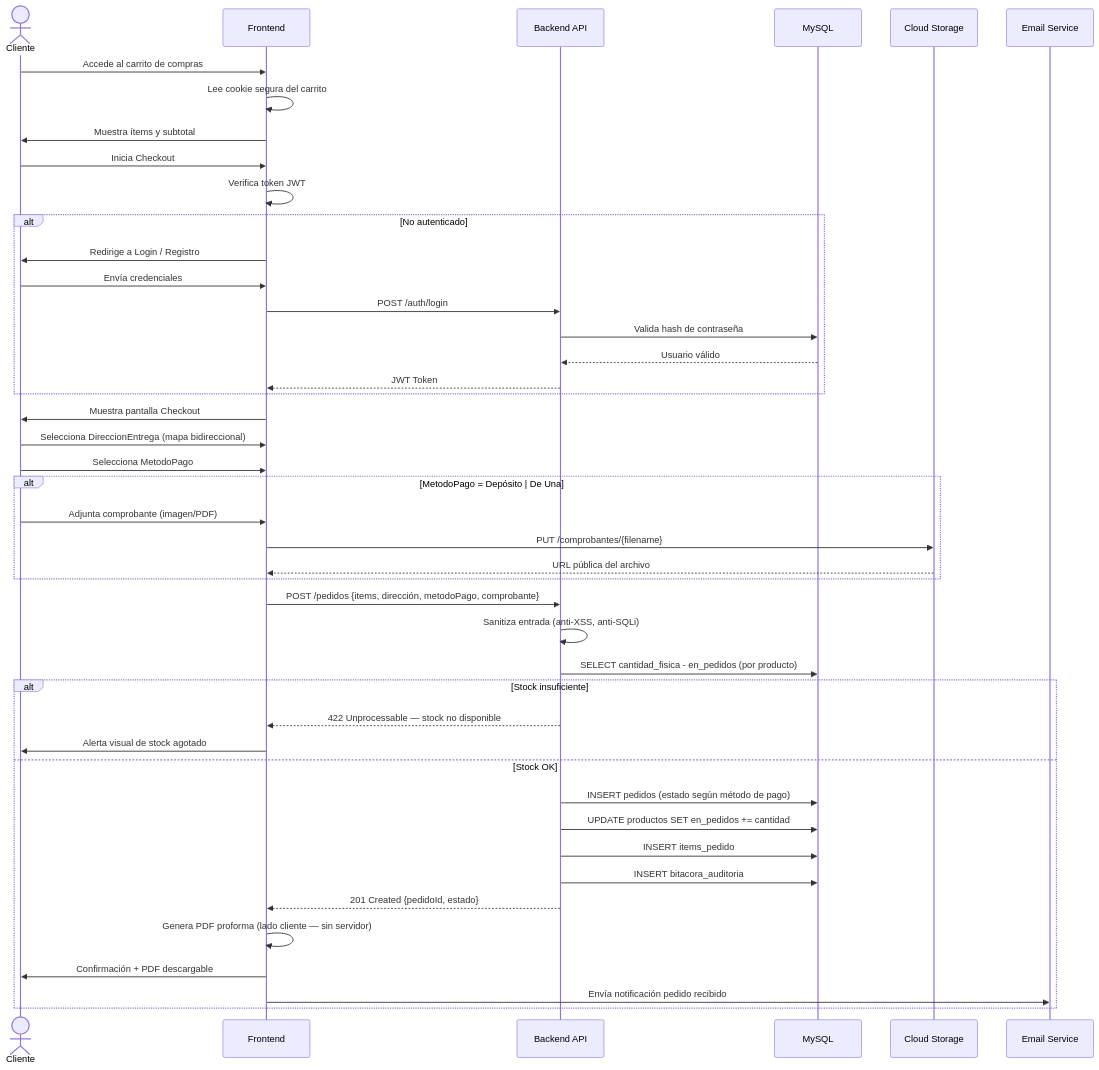
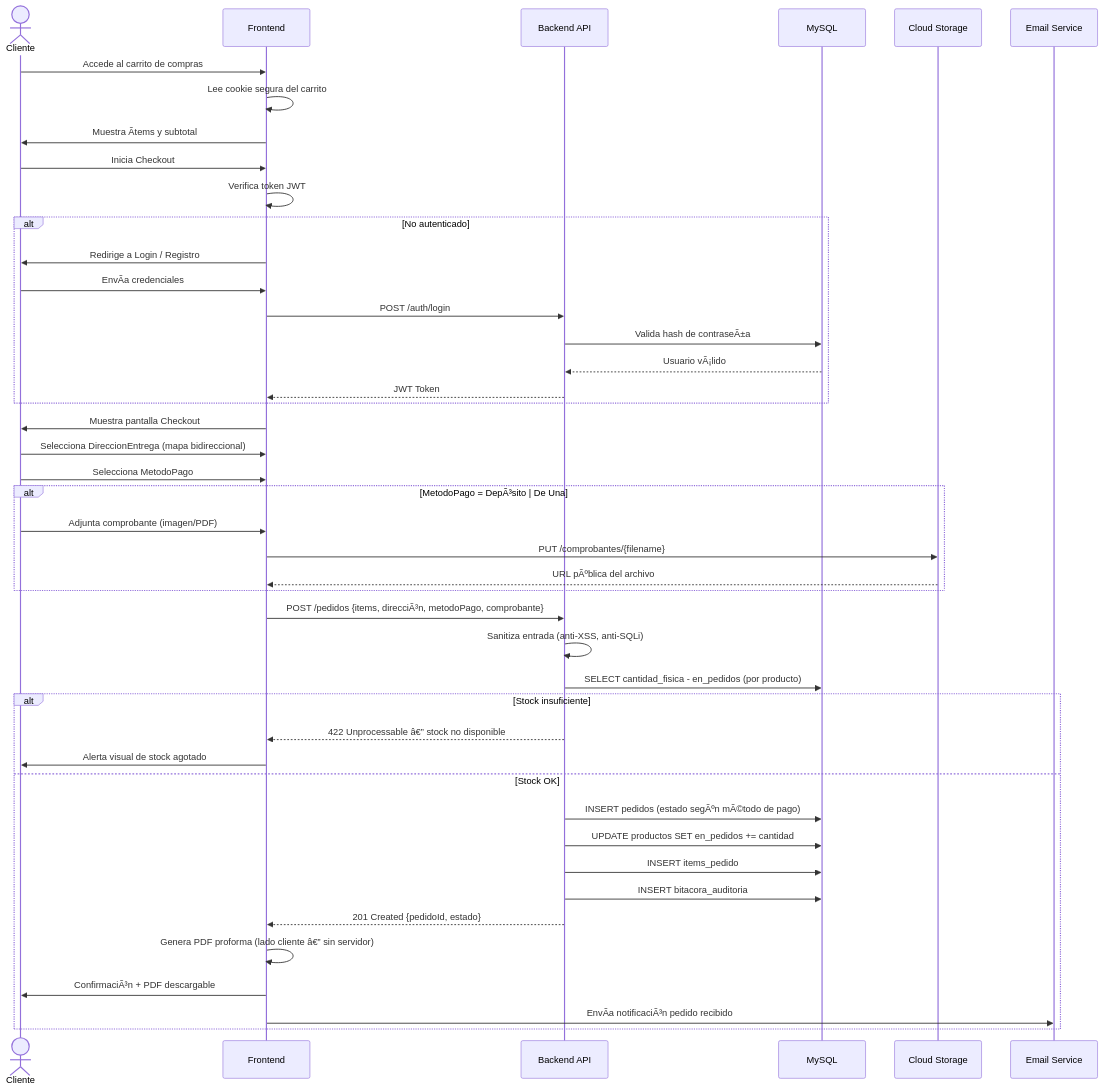
One commit to UNIPI6TO/PI-ECOMMERCE-FRITOLAY changed the third of 23 diagrams in docs/especificacion.md. Above: the diagram before and after it, drawn with Mermaid. The commit also changed other lines of this file, not shown here.

Commit message:
docs: rediseno DFD GCP a arquitectura bajo costo - Cloud Run URL, GitHub Actions, Gmail SMTP, sin LB ni Cloud Armor

````diff
--- a/docs/especificacion.md
+++ b/docs/especificacion.md
@@ -902,52 +902,52 @@
 ```mermaid
 sequenceDiagram
     actor Cliente
     participant FE as Frontend
     participant API as Backend API
     participant DB as MySQL
     participant GCS as Cloud Storage
     participant Email as Email Service
 
     Cliente->>FE: Accede al carrito de compras
     FE->>FE: Lee cookie segura del carrito
-    FE->>Cliente: Muestra ítems y subtotal
+    FE->>Cliente: Muestra Ã­tems y subtotal
 
     Cliente->>FE: Inicia Checkout
     FE->>FE: Verifica token JWT
     alt No autenticado
         FE->>Cliente: Redirige a Login / Registro
-        Cliente->>FE: Envía credenciales
+        Cliente->>FE: EnvÃ­a credenciales
         FE->>API: POST /auth/login
-        API->>DB: Valida hash de contraseña
-        DB-->>API: Usuario válido
+        API->>DB: Valida hash de contraseÃ±a
+        DB-->>API: Usuario vÃ¡lido
         API-->>FE: JWT Token
     end
 
     FE->>Cliente: Muestra pantalla Checkout
     Cliente->>FE: Selecciona DireccionEntrega (mapa bidireccional)
     Cliente->>FE: Selecciona MetodoPago
 
-    alt MetodoPago = Depósito | De Una
+    alt MetodoPago = DepÃ³sito | De Una
         Cliente->>FE: Adjunta comprobante (imagen/PDF)
         FE->>GCS: PUT /comprobantes/{filename}
-        GCS-->>FE: URL pública del archivo
+        GCS-->>FE: URL pÃºblica del archivo
     end
 
-    FE->>API: POST /pedidos {items, dirección, metodoPago, comprobante}
+    FE->>API: POST /pedidos {items, direcciÃ³n, metodoPago, comprobante}
     API->>API: Sanitiza entrada (anti-XSS, anti-SQLi)
     API->>DB: SELECT cantidad_fisica - en_pedidos (por producto)
 
     alt Stock insuficiente
-        API-->>FE: 422 Unprocessable — stock no disponible
+        API-->>FE: 422 Unprocessable â€” stock no disponible
         FE->>Cliente: Alerta visual de stock agotado
     else Stock OK
-        API->>DB: INSERT pedidos (estado según método de pago)
+        API->>DB: INSERT pedidos (estado segÃºn mÃ©todo de pago)
         API->>DB: UPDATE productos SET en_pedidos += cantidad
         API->>DB: INSERT items_pedido
         API->>DB: INSERT bitacora_auditoria
         API-->>FE: 201 Created {pedidoId, estado}
-        FE->>FE: Genera PDF proforma (lado cliente — sin servidor)
-        FE->>Cliente: Confirmación + PDF descargable
-        FE->>Email: Envía notificación pedido recibido
+        FE->>FE: Genera PDF proforma (lado cliente â€” sin servidor)
+        FE->>Cliente: ConfirmaciÃ³n + PDF descargable
+        FE->>Email: EnvÃ­a notificaciÃ³n pedido recibido
     end
 ```
````
